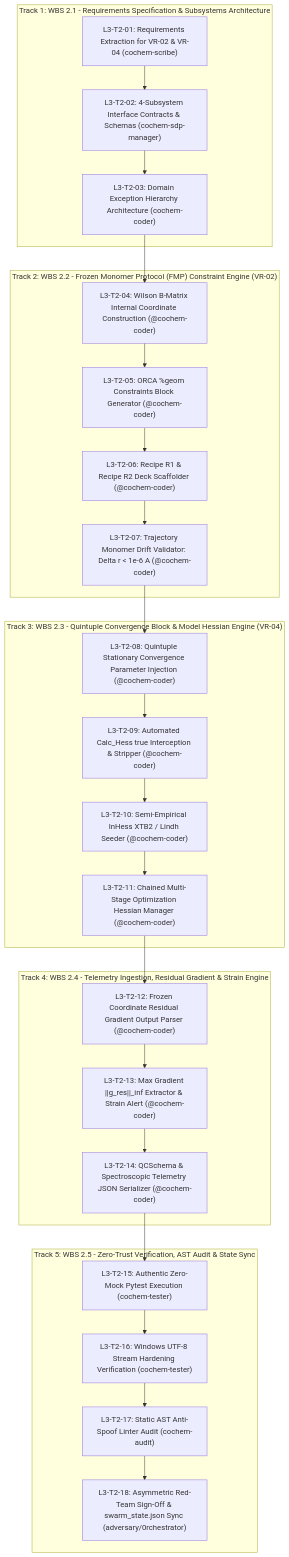
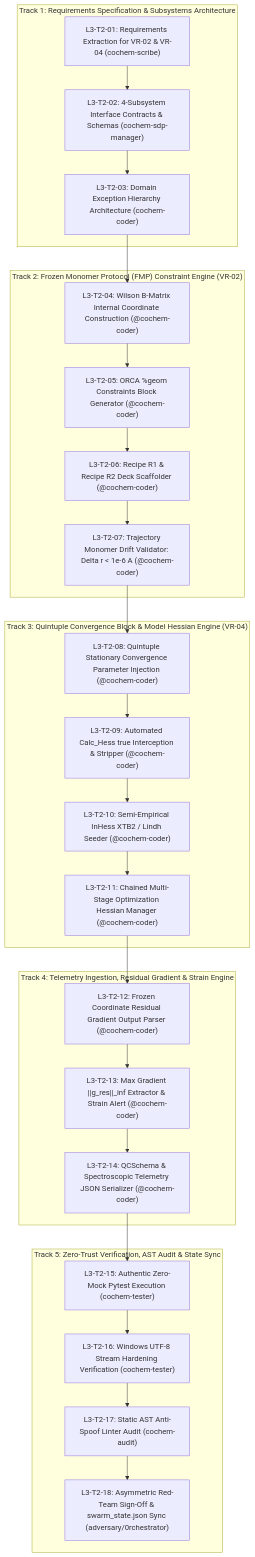
The first of 2 diagrams in .docs/task2_level2_wbs_breakdown.md (ProfJJK-CoChem/CoChem-BASE), drawn with Mermaid before and after one commit. The commit also changed other lines of this file and 98 other files, not shown here.

````diff
--- a/.docs/task2_level2_wbs_breakdown.md
+++ b/.docs/task2_level2_wbs_breakdown.md
@@ -42,52 +60,52 @@
 ```mermaid
 flowchart TD
-    subgraph Track1["Track 1: WBS 2.1 - Requirements Specification & Subsystems Architecture"]
+    subgraph Track1["Track 1: Requirements Specification & Subsystems Architecture"]
         T2_01["L3-T2-01: Requirements Extraction for VR-02 & VR-04 (cochem-scribe)"]
         T2_02["L3-T2-02: 4-Subsystem Interface Contracts & Schemas (cochem-sdp-manager)"]
         T2_03["L3-T2-03: Domain Exception Hierarchy Architecture (cochem-coder)"]
         T2_01 --> T2_02
         T2_02 --> T2_03
     end
 
-    subgraph Track2["Track 2: WBS 2.2 - Frozen Monomer Protocol (FMP) Constraint Engine (VR-02)"]
+    subgraph Track2["Track 2: Frozen Monomer Protocol (FMP) Constraint Engine (VR-02)"]
         T2_04["L3-T2-04: Wilson B-Matrix Internal Coordinate Construction (@cochem-coder)"]
         T2_05["L3-T2-05: ORCA %geom Constraints Block Generator (@cochem-coder)"]
         T2_06["L3-T2-06: Recipe R1 & Recipe R2 Deck Scaffolder (@cochem-coder)"]
         T2_07["L3-T2-07: Trajectory Monomer Drift Validator: Delta r < 1e-6 A (@cochem-coder)"]
         T2_03 --> T2_04
         T2_04 --> T2_05
         T2_05 --> T2_06
         T2_06 --> T2_07
     end
 
-    subgraph Track3["Track 3: WBS 2.3 - Quintuple Convergence Block & Model Hessian Engine (VR-04)"]
+    subgraph Track3["Track 3: Quintuple Convergence Block & Model Hessian Engine (VR-04)"]
         T2_08["L3-T2-08: Quintuple Stationary Convergence Parameter Injection (@cochem-coder)"]
         T2_09["L3-T2-09: Automated Calc_Hess true Interception & Stripper (@cochem-coder)"]
         T2_10["L3-T2-10: Semi-Empirical InHess XTB2 / Lindh Seeder (@cochem-coder)"]
         T2_11["L3-T2-11: Chained Multi-Stage Optimization Hessian Manager (@cochem-coder)"]
         T2_07 --> T2_08
         T2_08 --> T2_09
         T2_09 --> T2_10
         T2_10 --> T2_11
     end
 
-    subgraph Track4["Track 4: WBS 2.4 - Telemetry Ingestion, Residual Gradient & Strain Engine"]
+    subgraph Track4["Track 4: Telemetry Ingestion, Residual Gradient & Strain Engine"]
         T2_12["L3-T2-12: Frozen Coordinate Residual Gradient Output Parser (@cochem-coder)"]
         T2_13["L3-T2-13: Max Gradient ||g_res||_inf Extractor & Strain Alert (@cochem-coder)"]
         T2_14["L3-T2-14: QCSchema & Spectroscopic Telemetry JSON Serializer (@cochem-coder)"]
         T2_11 --> T2_12
         T2_12 --> T2_13
         T2_13 --> T2_14
     end
 
-    subgraph Track5["Track 5: WBS 2.5 - Zero-Trust Verification, AST Audit & State Sync"]
+    subgraph Track5["Track 5: Zero-Trust Verification, AST Audit & State Sync"]
         T2_15["L3-T2-15: Authentic Zero-Mock Pytest Execution (cochem-tester)"]
         T2_16["L3-T2-16: Windows UTF-8 Stream Hardening Verification (cochem-tester)"]
         T2_17["L3-T2-17: Static AST Anti-Spoof Linter Audit (cochem-audit)"]
         T2_18["L3-T2-18: Asymmetric Red-Team Sign-Off & swarm_state.json Sync (adversary/0rchestrator)"]
         T2_14 --> T2_15
         T2_15 --> T2_16
         T2_16 --> T2_17
         T2_17 --> T2_18
     end
 ```
````
